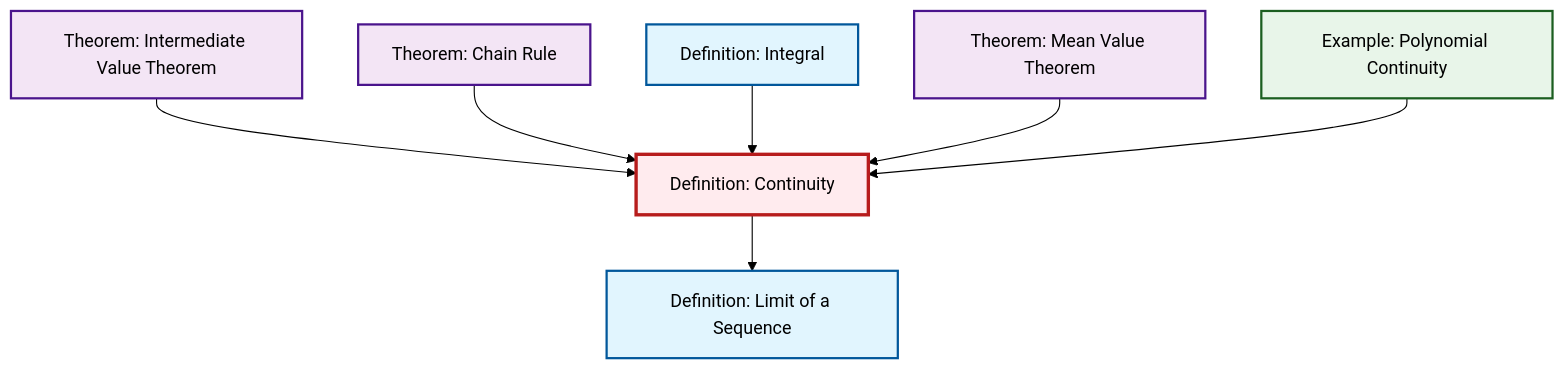
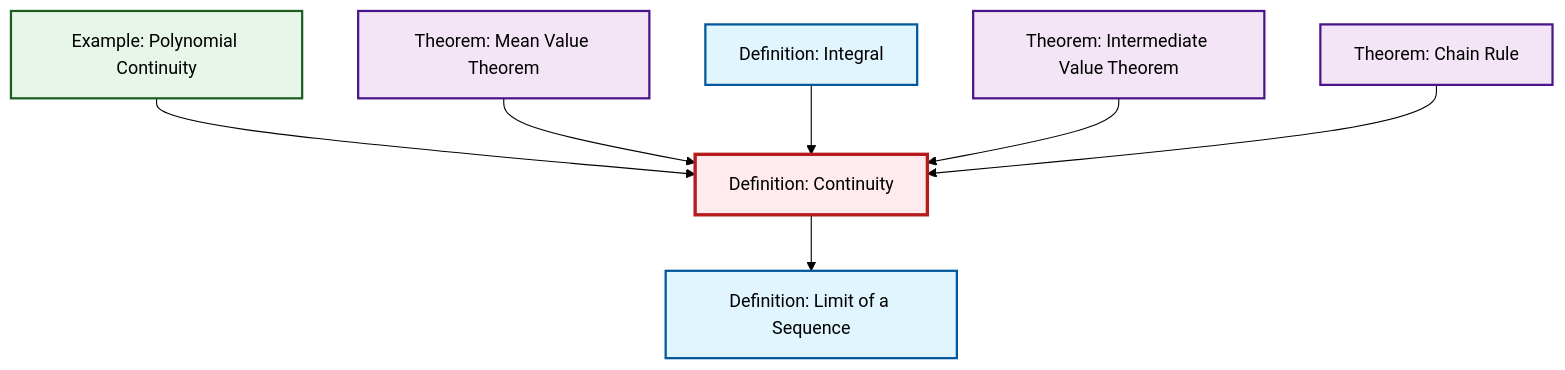
Before and after one commit to RK0429/ModernMath: the diagram in content/en/analysis/def-continuity.qmd, drawn with Mermaid (forest theme). The commit also changed other lines of this file and 417 other files, not shown here.

````diff
--- a/content/en/analysis/def-continuity.qmd
+++ b/content/en/analysis/def-continuity.qmd
@@ -57,29 +57,29 @@
 ```{mermaid}
 %%| fig-cap: "Local dependency graph"
 graph TD
     classDef definition fill:#e1f5fe,stroke:#01579b,stroke-width:2px
     classDef theorem fill:#f3e5f5,stroke:#4a148c,stroke-width:2px
     classDef axiom fill:#fff3e0,stroke:#e65100,stroke-width:2px
     classDef example fill:#e8f5e9,stroke:#1b5e20,stroke-width:2px
     classDef current fill:#ffebee,stroke:#b71c1c,stroke-width:3px
+    def-continuity["Definition: Continuity"]:::definition
+    ex-polynomial-continuity["Example: Polynomial Continuity"]:::example
+    thm-mean-value["Theorem: Mean Value Theorem"]:::theorem
     thm-chain-rule["Theorem: Chain Rule"]:::theorem
-    thm-intermediate-value["Theorem: Intermediate Value Theorem"]:::theorem
-    ex-polynomial-continuity["Example: Polynomial Continuity"]:::example
     def-integral["Definition: Integral"]:::definition
     def-limit["Definition: Limit of a Sequence"]:::definition
-    def-continuity["Definition: Continuity"]:::definition
-    thm-mean-value["Theorem: Mean Value Theorem"]:::theorem
+    thm-intermediate-value["Theorem: Intermediate Value Theorem"]:::theorem
+    ex-polynomial-continuity --> def-continuity
+    def-continuity --> def-limit
+    thm-mean-value --> def-continuity
+    def-integral --> def-continuity
     thm-intermediate-value --> def-continuity
     thm-chain-rule --> def-continuity
-    def-integral --> def-continuity
-    thm-mean-value --> def-continuity
-    ex-polynomial-continuity --> def-continuity
-    def-continuity --> def-limit
     class def-continuity current
+    click ex-polynomial-continuity "ex-polynomial-continuity.html" "Go to Polynomial Continuity example"
+    click thm-mean-value "thm-mean-value.html" "Go to Mean Value Theorem theorem"
     click thm-chain-rule "thm-chain-rule.html" "Go to Chain Rule theorem"
-    click thm-intermediate-value "thm-intermediate-value.html" "Go to Intermediate Value Theorem theorem"
-    click ex-polynomial-continuity "ex-polynomial-continuity.html" "Go to Polynomial Continuity example"
     click def-integral "def-integral.html" "Go to Integral definition"
     click def-limit "def-limit.html" "Go to Limit of a Sequence definition"
-    click thm-mean-value "thm-mean-value.html" "Go to Mean Value Theorem theorem"
+    click thm-intermediate-value "thm-intermediate-value.html" "Go to Intermediate Value Theorem theorem"
 ```
````
